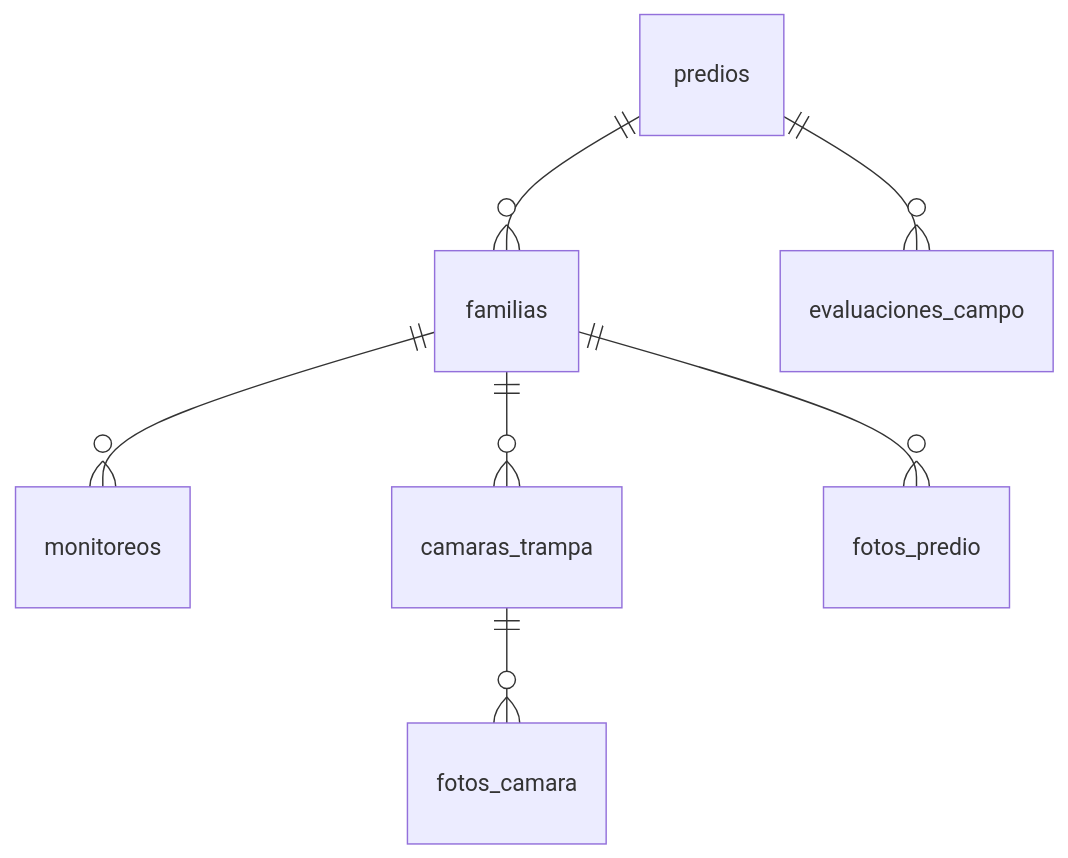
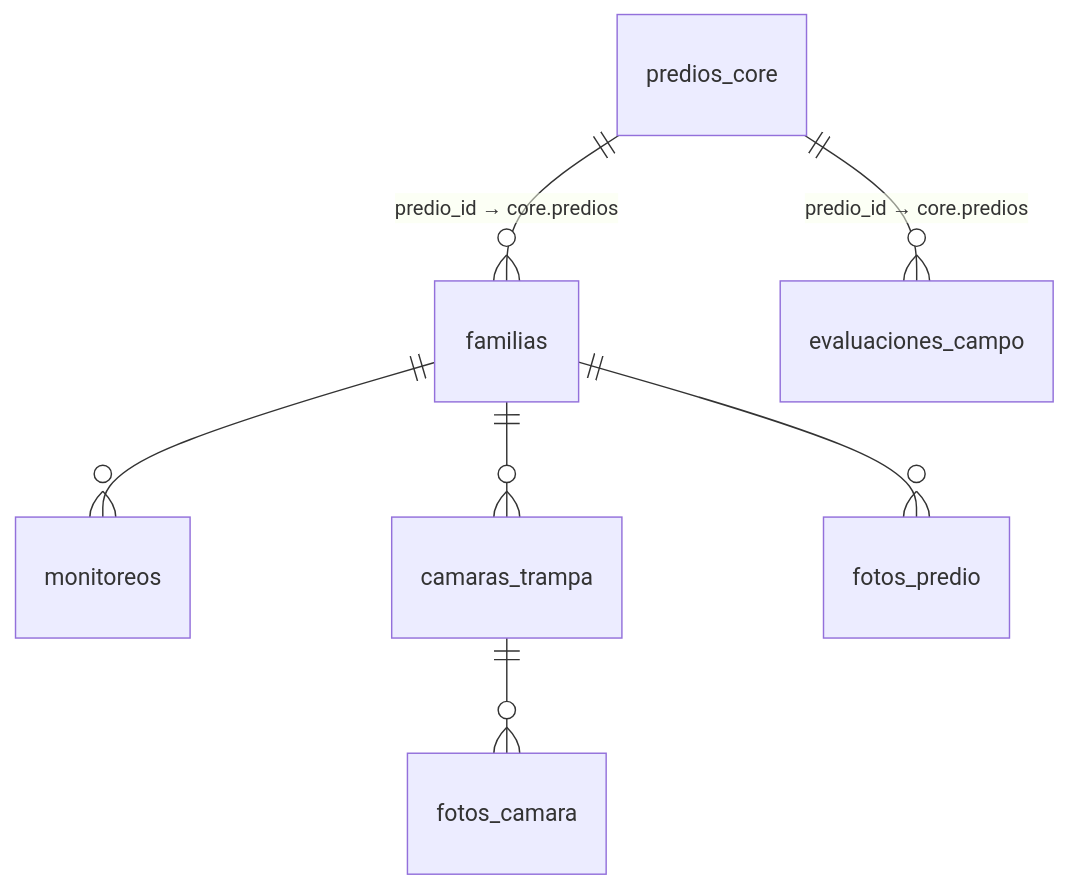
One commit to Alejandrombermudez/Intranet-AE changed the third of 5 diagrams in docs/ARQUITECTURA_DATOS.md. Above: the diagram before and after it, drawn with Mermaid. The commit also changed other lines of this file and 8 other files, not shown here.

First line of the commit message:
Campo conectado a core + SIG I obligatorio + SIG II (revision de zonas)

````diff
--- a/docs/ARQUITECTURA_DATOS.md
+++ b/docs/ARQUITECTURA_DATOS.md
@@ -214,9 +220,9 @@
 ```mermaid
 erDiagram
-    predios ||--o{ familias : ""
-    predios ||--o{ evaluaciones_campo : ""
+    predios_core ||--o{ familias : "predio_id → core.predios"
+    predios_core ||--o{ evaluaciones_campo : "predio_id → core.predios"
     familias ||--o{ monitoreos : ""
     familias ||--o{ camaras_trampa : ""
     camaras_trampa ||--o{ fotos_camara : ""
     familias ||--o{ fotos_predio : ""
 ```
````
